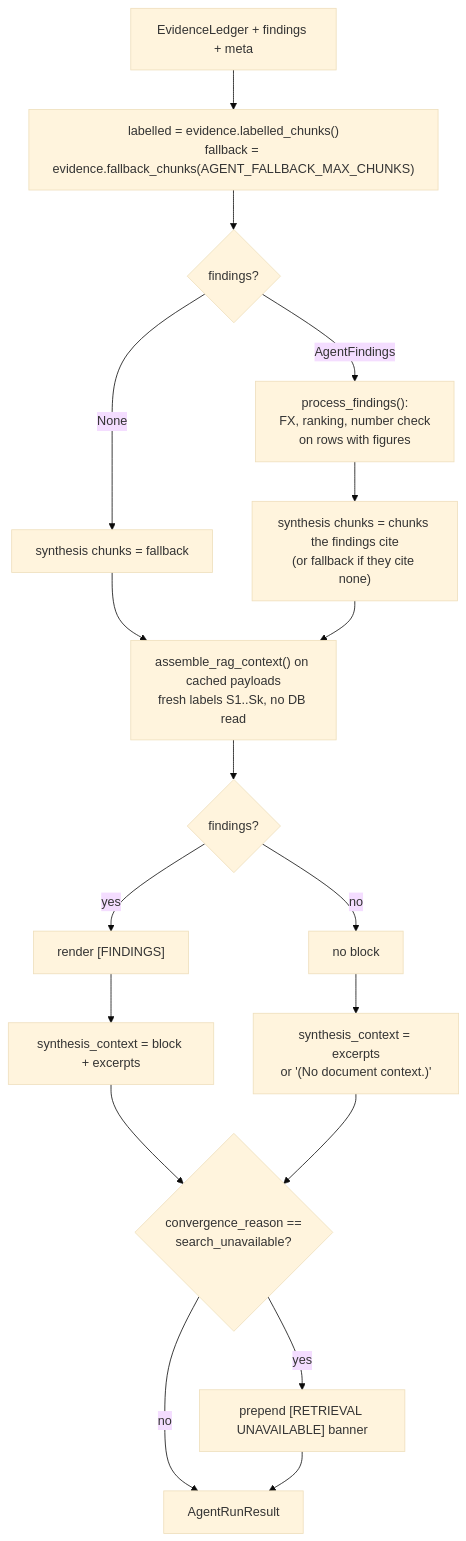
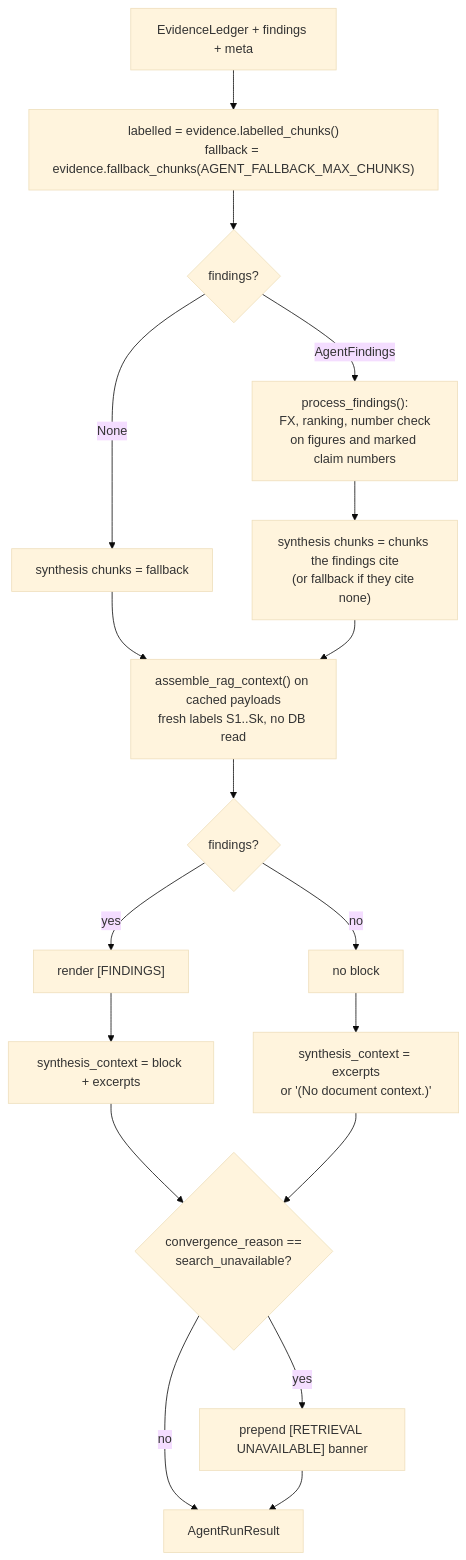
Diagram 14 of 18 in docs/prod_docs/agent_design.md (akimalikhanov/ai_financial_copilot), drawn with Mermaid (base theme) before and after one commit. The commit also changed other lines of this file and 29 other files, not shown here.

Commit message:
small changes in agent design, number grounding and scope resolution

````diff
--- a/docs/prod_docs/agent_design.md
+++ b/docs/prod_docs/agent_design.md
@@ -1764,20 +1803,20 @@
 ```mermaid
 flowchart TD
     IN["EvidenceLedger + findings + meta"] --> O["labelled = evidence.labelled_chunks()<br/>fallback = evidence.fallback_chunks(AGENT_FALLBACK_MAX_CHUNKS)"]
     O --> F{"findings?"}
     F -->|None| FB["synthesis chunks = fallback"]
-    F -->|AgentFindings| PF["process_findings():<br/>FX, ranking, number check<br/>on rows with figures"]
+    F -->|AgentFindings| PF["process_findings():<br/>FX, ranking, number check<br/>on figures and marked claim numbers"]
     PF --> SEL["synthesis chunks = chunks the findings cite<br/>(or fallback if they cite none)"]
     FB --> ASM
     SEL --> ASM["assemble_rag_context() on cached payloads<br/>fresh labels S1..Sk, no DB read"]
     ASM --> BLK{"findings?"}
     BLK -->|yes| STR["render [FINDINGS]"]
     BLK -->|no| NOB["no block"]
     STR --> CAT["synthesis_context = block + excerpts"]
     NOB --> CAT2["synthesis_context = excerpts<br/>or '(No document context.)'"]
     CAT --> BAN{"convergence_reason ==<br/>search_unavailable?"}
     CAT2 --> BAN
     BAN -->|yes| B2["prepend [RETRIEVAL UNAVAILABLE] banner"]
     BAN -->|no| OUT["AgentRunResult"]
     B2 --> OUT
 ```
````
